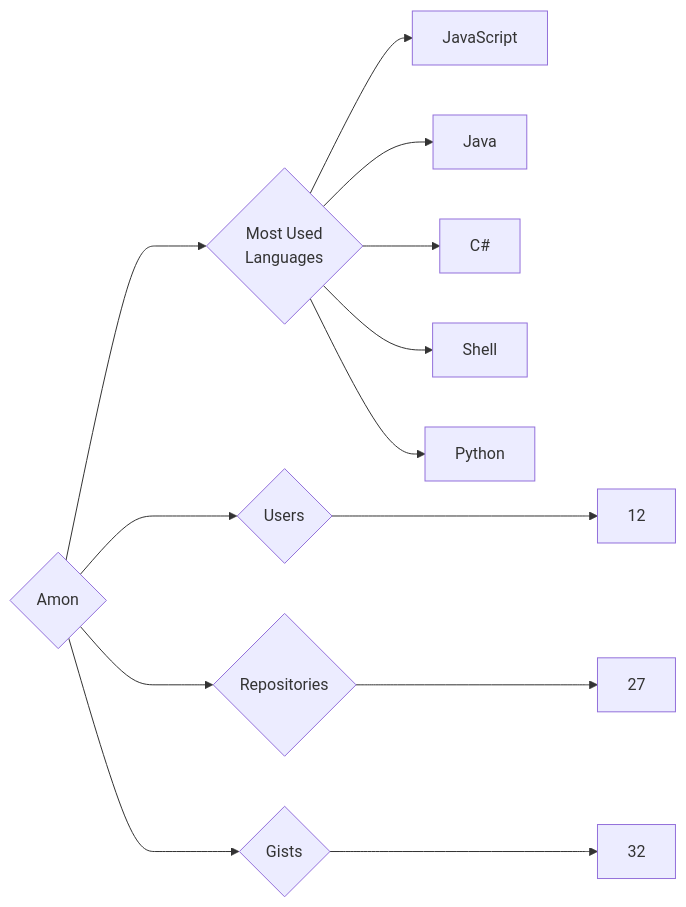
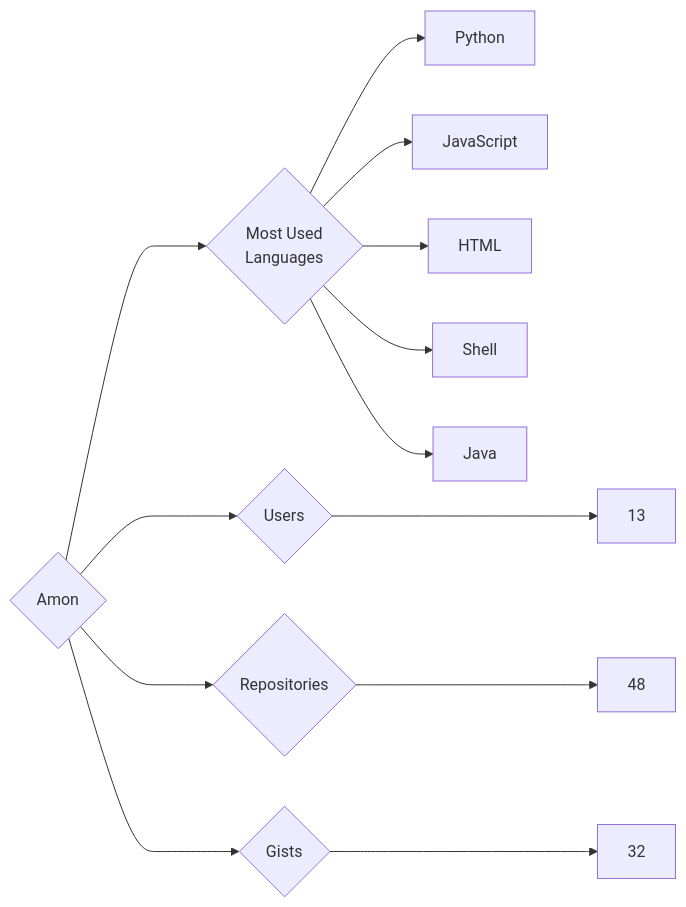
Before and after one commit to trickest/insiders: the diagram in targets/Amon/README.md, drawn with Mermaid. The commit also changed 614 other files, not shown here.

````diff
--- a/targets/Amon/README.md
+++ b/targets/Amon/README.md
@@ -3,13 +3,13 @@
 ```mermaid
 graph LR
 COMPANY_NAME{Amon}
-COMPANY_NAME ---> U{Users} ---> UN[12]
-COMPANY_NAME ---> R{Repositories} ---> RN[27]
+COMPANY_NAME ---> U{Users} ---> UN[13]
+COMPANY_NAME ---> R{Repositories} ---> RN[48]
 COMPANY_NAME ---> G{Gists} ---> GN[32]
 COMPANY_NAME ---> ML{Most Used<br>Languages}
+ML --> Python[Python]
 ML --> JavaScript[JavaScript]
+ML --> HTML[HTML]
+ML --> Shell[Shell]
 ML --> Java[Java]
-ML --> C#[C#]
-ML --> Shell[Shell]
-ML --> Python[Python]
 ```
````
